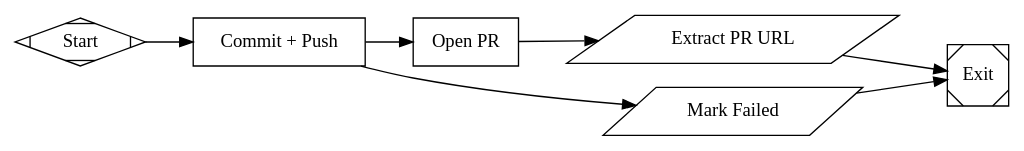
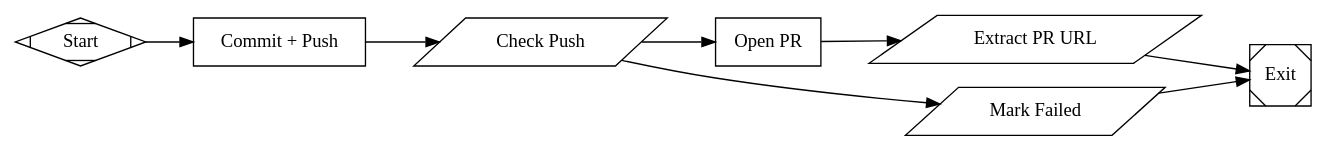
One commit to kenotron-ms/attractor-pipelines changed the diagram in pipelines/idea_to_shipped/subgraphs/deliver_pr.dot. Above: the diagram before and after it, drawn with Graphviz.

Commit message:
fix: add CheckPush extractor node to resolve no_matching_edge at CommitPush
The CommitPush node is a prompt-only box node whose outgoing edges check
for context.tool.last_line values ('pushed'/'push_failed'). These variables
are only set by tool_command (parallelogram) nodes, never by plain prompt
nodes, causing a no_matching_edge failure at runtime even when CommitPush
successfully completes.

Fix: Insert a new CheckPush parallelogram node between CommitPush and
OpenPR/Failed that verifies the push status and sets the expected
context.tool.last_line value. This mirrors the existing OpenPR ->
ExtractPRUrl pattern already used in the same file and ensures the
downstream edge conditions can evaluate successfully.

Fixes instance 1756de9ade3f failure.

🤖 Generated with [Amplifier](https://github.com/microsoft/amplifier)

```diff
--- a/pipelines/idea_to_shipped/subgraphs/deliver_pr.dot
+++ b/pipelines/idea_to_shipped/subgraphs/deliver_pr.dot
@@ -1,46 +1,53 @@
 // deliver_pr.dot
 //
 // Commit, push, and open a PR; then a freeform human approval gate before
 // merge. Modeled on amplifier-resolver-dot-graph's deliver_pr.dot pattern.
 //
 // Required context variables: $repo (owner/name to open the PR against)
 // Context outputs: delivery.pr_url, delivery.result ("opened"|"failed")
 
 digraph deliver_pr {
   graph [rankdir=LR, default_max_retry=2, default_fidelity="summary:high"];
 
   Start [shape=Mdiamond, label="Start"];
   Exit  [shape=Msquare,  label="Exit"];
 
   CommitPush [
     shape=box, goal_gate=true, fidelity="full",
     label="Commit + Push",
-    prompt="Stage all changes, write a conventional commit message summarizing the work (reference .resolve/design/design.md and .ai/plan.md for context), commit, and push the current branch to origin. Print the single line: pushed"
+    prompt="Stage all changes, write a conventional commit message summarizing the work (reference .resolve/design/design.md and .ai/plan.md for context), commit, and push the current branch to origin. After pushing, run: git rev-parse --abbrev-ref HEAD > .resolve/delivery/push_status.txt && echo pushed >> .resolve/delivery/push_status.txt. Print the single line: pushed"
+  ];
+
+  CommitPush -> CheckPush;
+
+  CheckPush [
+    shape=parallelogram, label="Check Push",
+    tool_command="#!/bin/sh\nset -e\nif [ -f .resolve/delivery/push_status.txt ] && tail -1 .resolve/delivery/push_status.txt | grep -q pushed; then\n  printf 'pushed'\nelse\n  printf 'push_failed'\nfi"
   ];
 
   OpenPR [
     shape=box, goal_gate=true, fidelity="full",
     label="Open PR",
     prompt="Open a pull request for the pushed branch against $repo's default branch. Write a PR description summarizing the design, the task list completed, and verification evidence. Write the resulting PR URL to .resolve/delivery/pr_url.txt. Print the single line: {\"pr_url\": \"<url>\"} as JSON."
   ];
 
   OpenPR -> ExtractPRUrl;
 
   ExtractPRUrl [
     shape=parallelogram, label="Extract PR URL",
     tool_command="#!/bin/sh\nset -e\nurl=$(cat .resolve/delivery/pr_url.txt)\nprintf '{\"delivery.pr_url\": \"%s\"}' \"$url\"",
     parse_json="true"
   ];
 
-  Start      -> CommitPush;
-  CommitPush -> OpenPR      [condition="context.tool.last_line=pushed", weight="2"];
-  CommitPush -> Failed      [condition="outcome=fail"];
+  Start     -> CommitPush;
+  CheckPush -> OpenPR  [condition="context.tool.last_line=pushed", weight="2"];
+  CheckPush -> Failed  [condition="context.tool.last_line=push_failed"];
   ExtractPRUrl -> Exit;
 
   Failed [
     shape=parallelogram, label="Mark Failed",
     tool_command="printf '{\"delivery.result\": \"failed\"}'",
     parse_json="true"
   ];
   Failed -> Exit;
 }
```
